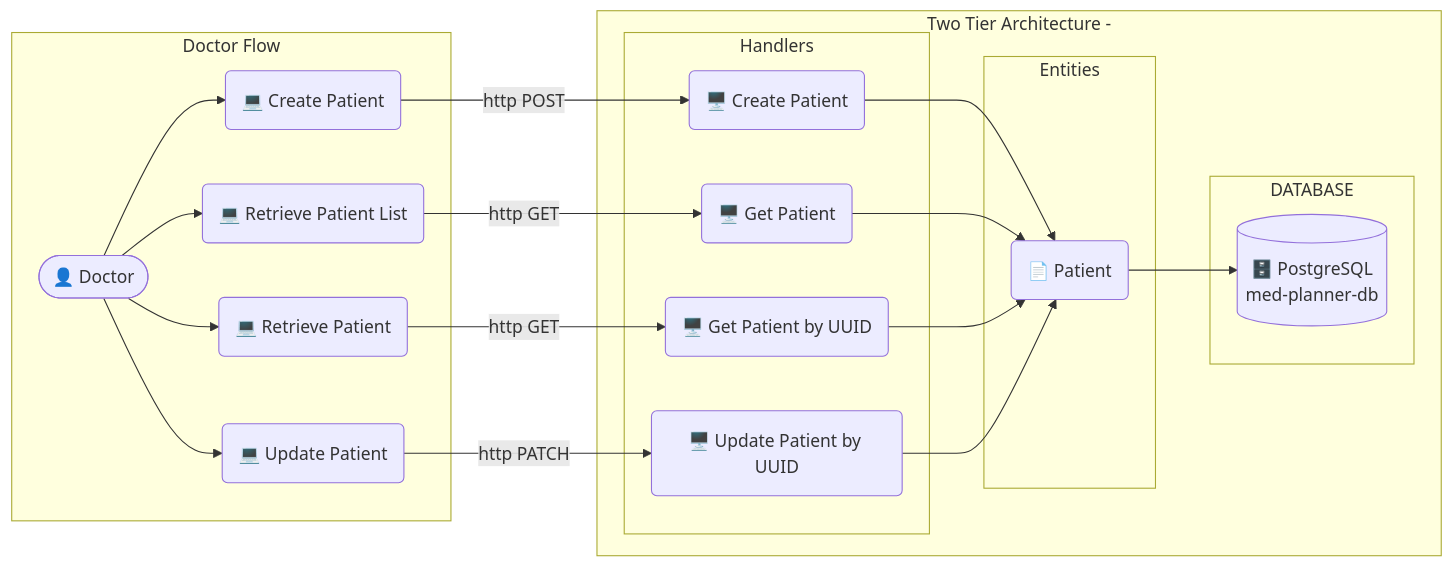
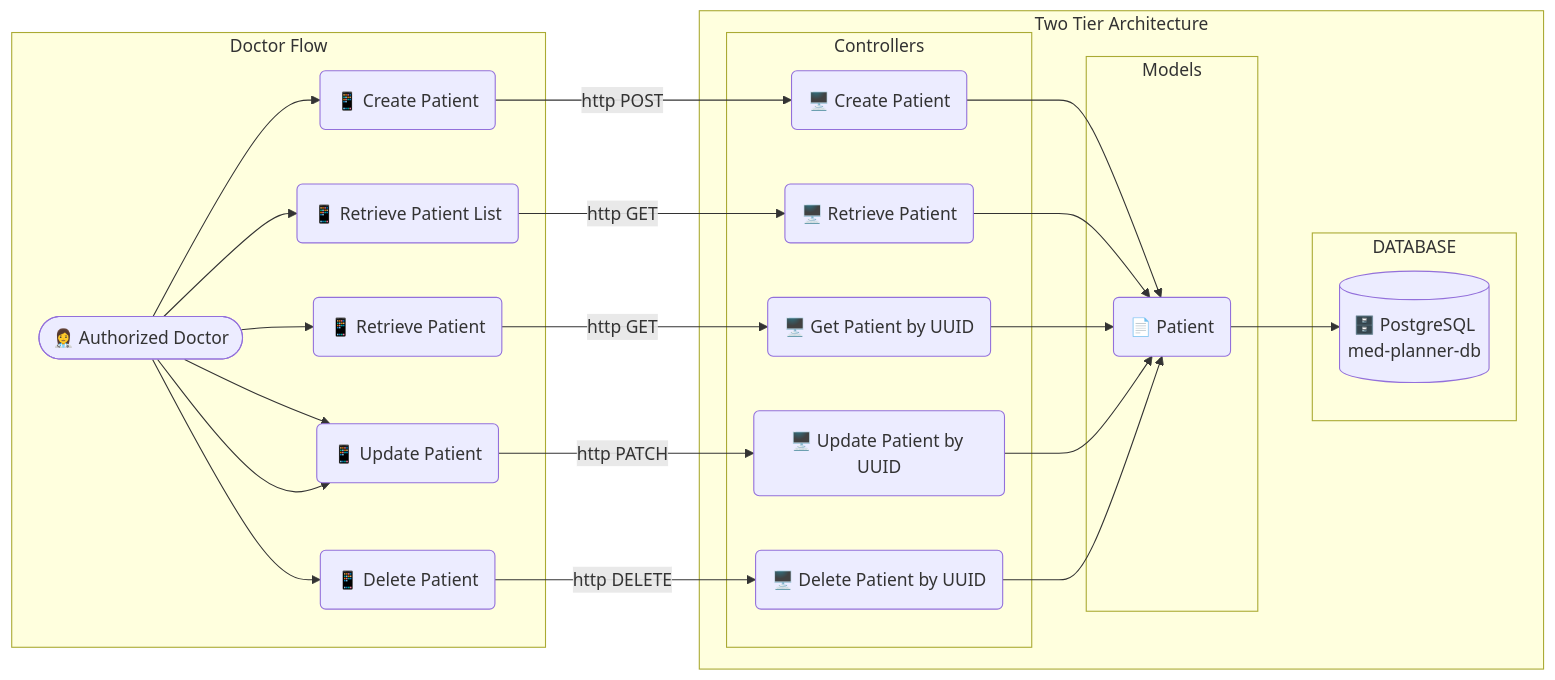
The second of 2 diagrams in README.md (jtonynet/js-med-planner), drawn with Mermaid before and after one commit. The commit also changed other lines of this file and 3 other files, not shown here.

````diff
--- a/README.md
+++ b/README.md
@@ -231,41 +232,46 @@
 ```mermaid
 graph LR
     subgraph Doctor Flow
-      ADMIN(["👤 Doctor"])
+      DOCTOR(["👩‍⚕️ Authorized Doctor"])
 
-      ADMIN --> CREATE_PATIENT("💻 Create Patient")
-      ADMIN --> RETRIEVE_PATIENT_LIST("💻 Retrieve Patient List")
-      ADMIN --> RETRIEVE_PATIENT("💻 Retrieve Patient")
-      ADMIN --> UPDATE_PATIENT("💻 Update Patient")
+      DOCTOR --> CREATE_PATIENT("📱 Create Patient")
+      DOCTOR --> RETRIEVE_PATIENT_LIST("📱 Retrieve Patient List")
+      DOCTOR --> RETRIEVE_PATIENT("📱 Retrieve Patient")
+      DOCTOR --> UPDATE_PATIENT("📱 Update Patient")
+      DOCTOR --> UPDATE_PATIENT("📱 Update Patient")
+      DOCTOR --> DELETE_PATIENT("📱 Delete Patient")
     end
 
-    subgraph Two Tier Architecture -
-      subgraph Handlers
+    subgraph Two Tier Architecture
+      subgraph Controllers
         API_CREATE_PATIENT("🖥️ Create Patient")
-        API_GET_PATIENTS("🖥️ Get Patient")
+        API_GET_PATIENTS("🖥️ Retrieve Patient")
         API_GET_PATIENT("🖥️ Get Patient by UUID")
         API_UPDATE_PATIENT("🖥️ Update Patient by UUID")
+        API_DELETE_PATIENT("🖥️ Delete Patient by UUID")
       end
 
-      subgraph Entities
+      subgraph Models
         ENTITY_PATIENT("📄 Patient")
       end
 
       subgraph DATABASE
         MED_PLANNER_DB[("🗄️ PostgreSQL <br/> med-planner-db")]
       end 
     end
   
   CREATE_PATIENT -->|http POST| API_CREATE_PATIENT
   RETRIEVE_PATIENT_LIST -->|http GET| API_GET_PATIENTS
   RETRIEVE_PATIENT -->|http GET| API_GET_PATIENT
   UPDATE_PATIENT -->|http PATCH| API_UPDATE_PATIENT
+  DELETE_PATIENT -->|http DELETE| API_DELETE_PATIENT
 
   API_CREATE_PATIENT-->ENTITY_PATIENT
   API_GET_PATIENTS-->ENTITY_PATIENT
   API_GET_PATIENT-->ENTITY_PATIENT
   API_UPDATE_PATIENT-->ENTITY_PATIENT 
+  API_DELETE_PATIENT-->ENTITY_PATIENT
 
 
   ENTITY_PATIENT-->MED_PLANNER_DB
 ```
````
